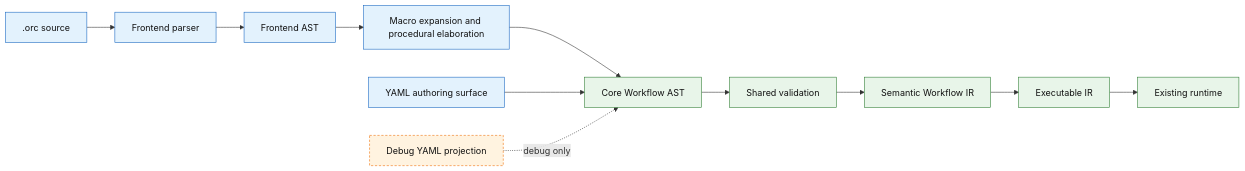
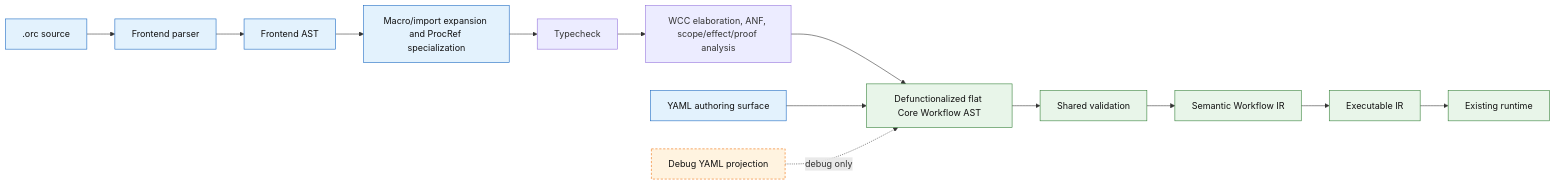
Before and after one commit to hoidn/agent-orchestration: the first of 9 diagrams in docs/design/workflow_lisp_frontend_specification.md, drawn with Mermaid. The commit also changed other lines of this file and 6 other files, not shown here.

Commit message:
docs: merge WCC baseline into frontend spec

````diff
--- a/docs/design/workflow_lisp_frontend_specification.md
+++ b/docs/design/workflow_lisp_frontend_specification.md
@@ -51,22 +62,24 @@
 ```mermaid
 flowchart LR
     Source[".orc source"] --> Parse["Frontend parser"]
     Parse --> FrontendAST["Frontend AST"]
-    FrontendAST --> Expand["Macro expansion and procedural elaboration"]
-    Expand --> CoreAST["Core Workflow AST"]
+    FrontendAST --> Expand["Macro/import expansion and ProcRef specialization"]
+    Expand --> Typed["Typecheck"]
+    Typed --> WCC["WCC elaboration, ANF, scope/effect/proof analysis"]
+    WCC --> CoreAST["Defunctionalized flat Core Workflow AST"]
     CoreAST --> SharedValidation["Shared validation"]
     SharedValidation --> SemanticIR["Semantic Workflow IR"]
     SemanticIR --> ExecutableIR["Executable IR"]
     ExecutableIR --> Runtime["Existing runtime"]
 
     YAML["YAML authoring surface"] --> CoreAST
     DebugYAML["Debug YAML projection"] -. debug only .-> CoreAST
 
     classDef authority fill:#e8f5e9,stroke:#2e7d32,color:#111;
     classDef frontend fill:#e3f2fd,stroke:#1565c0,color:#111;
     classDef projection fill:#fff3e0,stroke:#ef6c00,color:#111,stroke-dasharray: 4 3;
 
     class CoreAST,SharedValidation,SemanticIR,ExecutableIR,Runtime authority;
     class Source,Parse,FrontendAST,Expand,YAML frontend;
     class DebugYAML projection;
 ```
````
